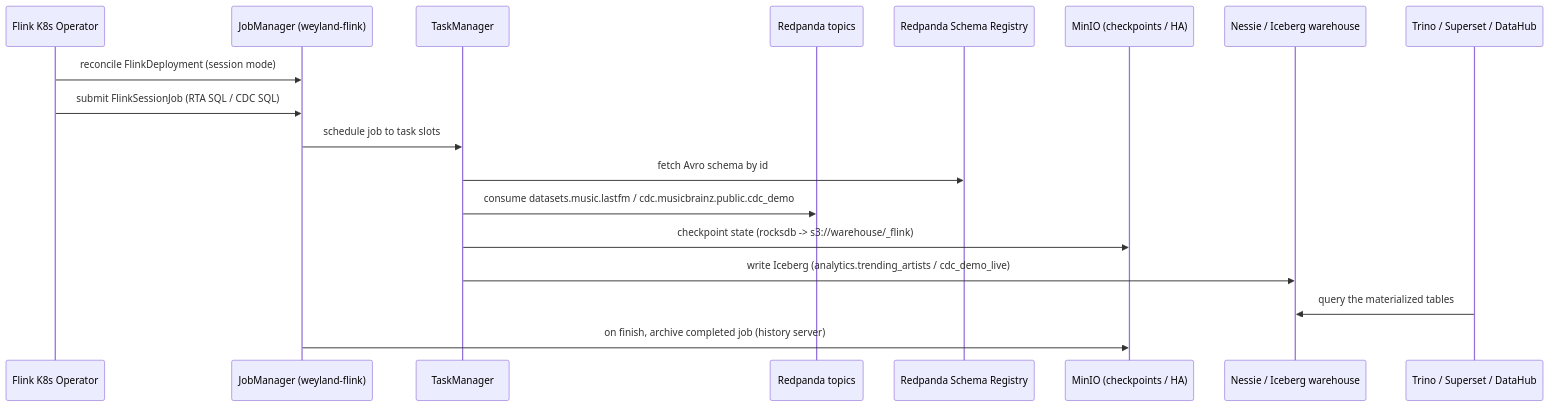
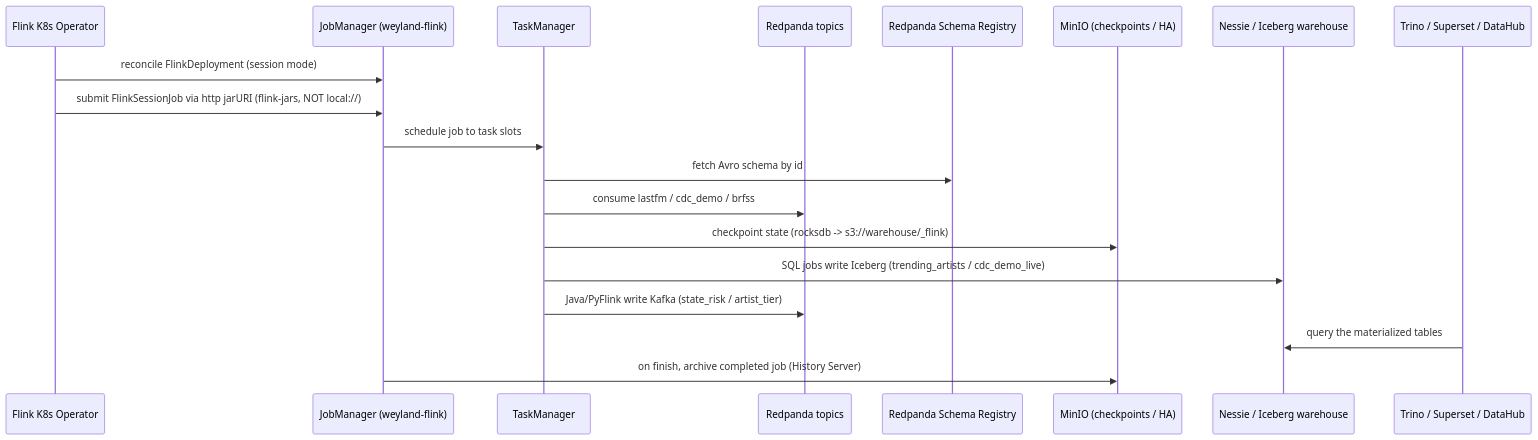
Before and after one commit to edtbl76/weyland-lab: the diagram in docs/diagrams/flow-flink.md, drawn with Mermaid. The commit also changed other lines of this file and 3 other files, not shown here.

Commit message:
Add Flink runbook covering session cluster, job submission, observability, and troubleshooting; include metrics ServiceMonitor and jar server configuration.

````diff
--- a/docs/diagrams/flow-flink.md
+++ b/docs/diagrams/flow-flink.md
@@ -25,21 +31,22 @@
 ```mermaid
 sequenceDiagram
     participant OP as Flink K8s Operator
     participant JM as JobManager (weyland-flink)
     participant TM as TaskManager
     participant RP as Redpanda topics
     participant SR as Redpanda Schema Registry
     participant MIN as MinIO (checkpoints / HA)
     participant NES as Nessie / Iceberg warehouse
     participant TR as Trino / Superset / DataHub
 
     OP->>JM: reconcile FlinkDeployment (session mode)
-    OP->>JM: submit FlinkSessionJob (RTA SQL / CDC SQL)
+    OP->>JM: submit FlinkSessionJob via http jarURI (flink-jars, NOT local://)
     JM->>TM: schedule job to task slots
     TM->>SR: fetch Avro schema by id
-    TM->>RP: consume datasets.music.lastfm / cdc.musicbrainz.public.cdc_demo
+    TM->>RP: consume lastfm / cdc_demo / brfss
     TM->>MIN: checkpoint state (rocksdb -> s3://warehouse/_flink)
-    TM->>NES: write Iceberg (analytics.trending_artists / cdc_demo_live)
+    TM->>NES: SQL jobs write Iceberg (trending_artists / cdc_demo_live)
+    TM->>RP: Java/PyFlink write Kafka (state_risk / artist_tier)
     TR->>NES: query the materialized tables
-    JM->>MIN: on finish, archive completed job (history server)
+    JM->>MIN: on finish, archive completed job (History Server)
 ```
````
